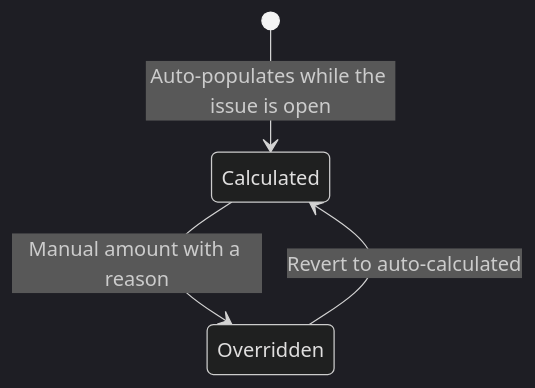
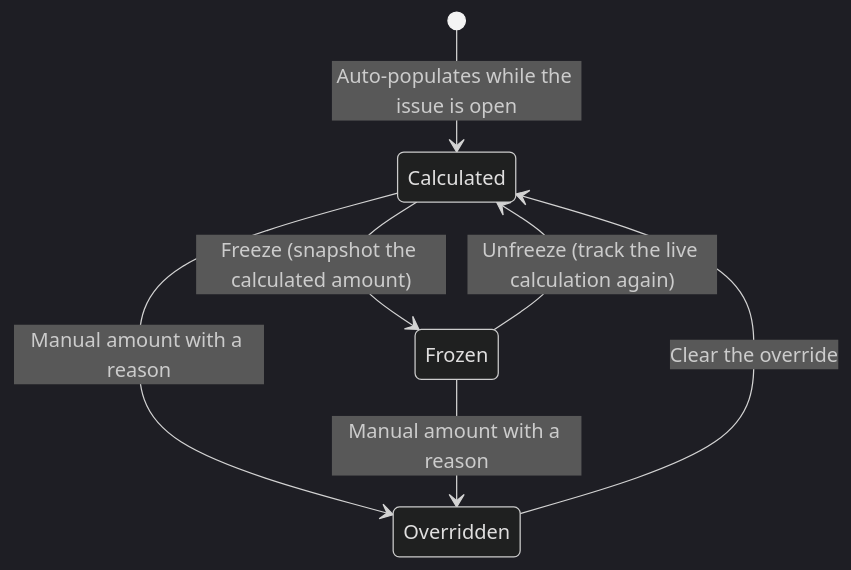
The second of 12 diagrams in docs/flows/finances_flow.md (uwblueprint/beach-metro), drawn with Mermaid (dark theme) before and after one commit. The commit also changed other lines of this file and 3 other files, not shown here.

````diff
--- a/docs/flows/finances_flow.md
+++ b/docs/flows/finances_flow.md
@@ -64,6 +73,9 @@
 ```mermaid
 stateDiagram-v2
     [*] --> Calculated: Auto-populates while the issue is open
+    Calculated --> Frozen: Freeze (snapshot the calculated amount)
+    Frozen --> Calculated: Unfreeze (track the live calculation again)
     Calculated --> Overridden: Manual amount with a reason
-    Overridden --> Calculated: Revert to auto-calculated
+    Frozen --> Overridden: Manual amount with a reason
+    Overridden --> Calculated: Clear the override
 ```
````
